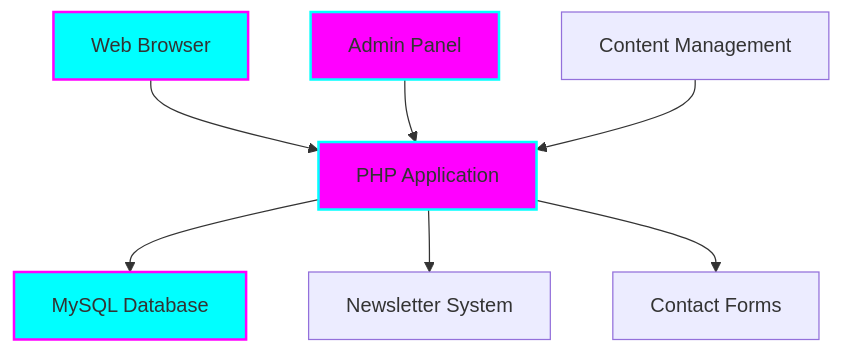
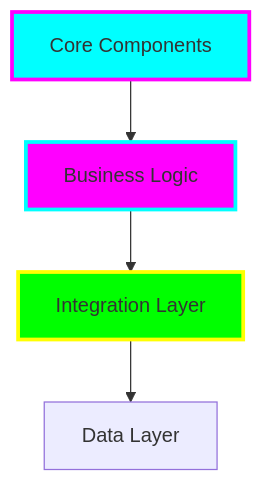
Before and after one commit to tiation/ProtectChildrenAustralia: the diagram in README.md, drawn with Mermaid. The commit also changed other lines of this file, not shown here.

````diff
--- a/README.md
+++ b/README.md
@@ -41,14 +33,10 @@
 ```mermaid
 graph TB
-    A[Web Browser] --> B[PHP Application]
-    B --> C[MySQL Database]
-    D[Admin Panel] --> B
-    E[Content Management] --> B
-    B --> F[Newsletter System]
-    B --> G[Contact Forms]
+    A[Core Components] --> B[Business Logic]
+    B --> C[Integration Layer]
+    C --> D[Data Layer]
     
-    style A fill:#00ffff,stroke:#ff00ff,stroke-width:2px
-    style B fill:#ff00ff,stroke:#00ffff,stroke-width:2px
-    style C fill:#00ffff,stroke:#ff00ff,stroke-width:2px
-    style D fill:#ff00ff,stroke:#00ffff,stroke-width:2px
+    style A fill:#00ffff,stroke:#ff00ff,stroke-width:3px
+    style B fill:#ff00ff,stroke:#00ffff,stroke-width:3px
+    style C fill:#00ff00,stroke:#ffff00,stroke-width:3px
 ```
````
